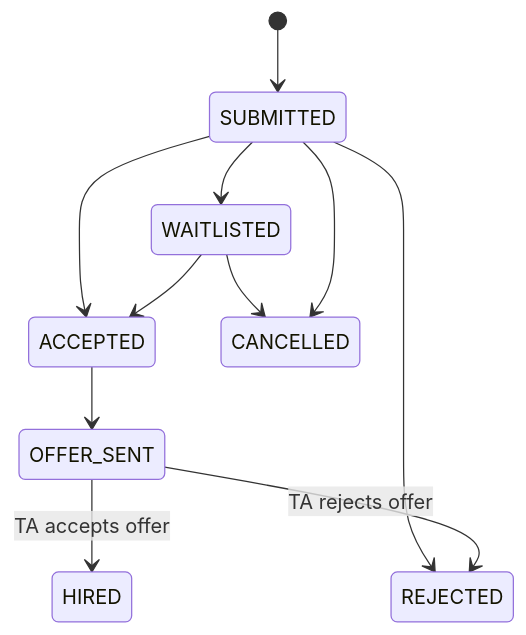
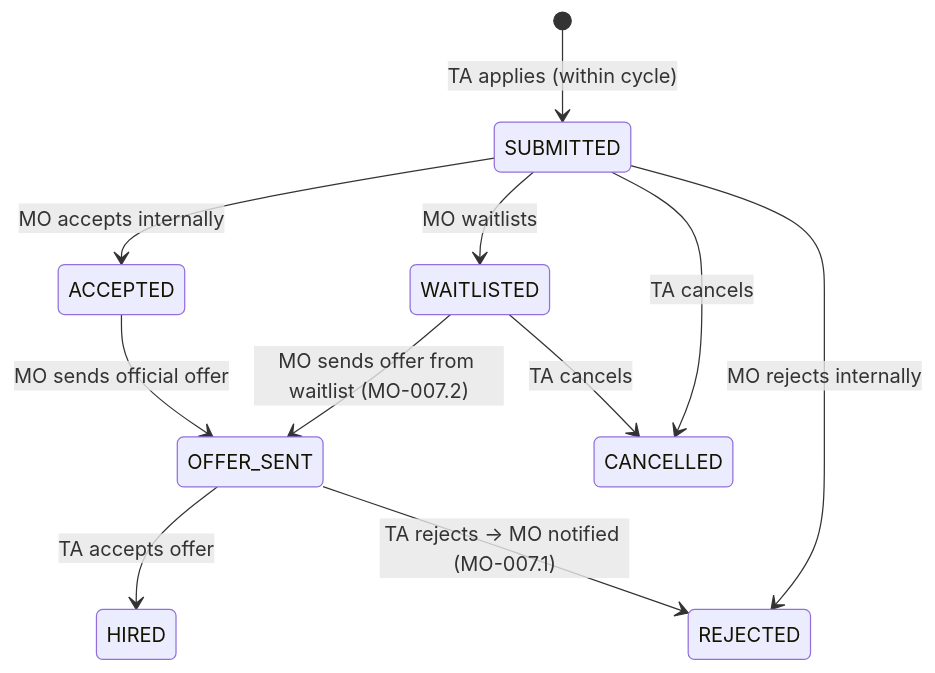
Before and after one commit to Jane-qm/EBU6304-Group85-TA-Recruitment: the sixth of 8 diagrams in docs/Project-Architecture-and-RunLogic.md, drawn with Mermaid. The commit also changed other lines of this file and 1 other file, not shown here.

````diff
--- a/docs/Project-Architecture-and-RunLogic.md
+++ b/docs/Project-Architecture-and-RunLogic.md
@@ -220,13 +419,13 @@
 ```mermaid
 stateDiagram-v2
-    [*] --> SUBMITTED
-    SUBMITTED --> WAITLISTED
-    SUBMITTED --> ACCEPTED
-    SUBMITTED --> REJECTED
-    WAITLISTED --> ACCEPTED
-    WAITLISTED --> CANCELLED
-    ACCEPTED --> OFFER_SENT
-    OFFER_SENT --> HIRED: TA accepts offer
-    OFFER_SENT --> REJECTED: TA rejects offer
-    SUBMITTED --> CANCELLED
+    [*] --> SUBMITTED : TA applies (within cycle)
+    SUBMITTED --> WAITLISTED : MO waitlists
+    SUBMITTED --> ACCEPTED   : MO accepts internally
+    SUBMITTED --> REJECTED   : MO rejects internally
+    WAITLISTED --> OFFER_SENT : MO sends offer from waitlist (MO-007.2)
+    ACCEPTED   --> OFFER_SENT : MO sends official offer
+    OFFER_SENT --> HIRED     : TA accepts offer
+    OFFER_SENT --> REJECTED  : TA rejects → MO notified (MO-007.1)
+    SUBMITTED  --> CANCELLED : TA cancels
+    WAITLISTED --> CANCELLED : TA cancels
 ```
````
